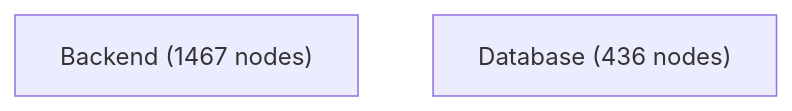
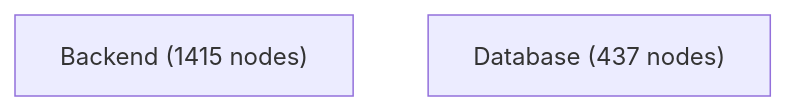
One commit to jankneumann/agentic-coding-tools changed the diagram in docs/architecture-analysis/views/containers.mmd. Above: the diagram before and after it, drawn with Mermaid. The commit also changed 17 other files, not shown here.

```diff
--- a/docs/architecture-analysis/views/containers.mmd
+++ b/docs/architecture-analysis/views/containers.mmd
@@ -1,3 +1,3 @@
 flowchart TB
-    Backend["Backend (1467 nodes)"]
-    Database["Database (436 nodes)"]
+    Backend["Backend (1415 nodes)"]
+    Database["Database (437 nodes)"]
```
